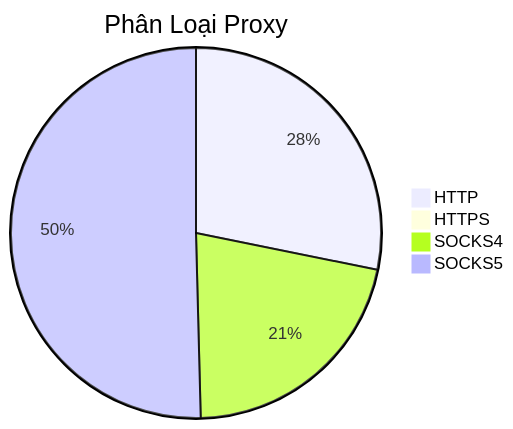
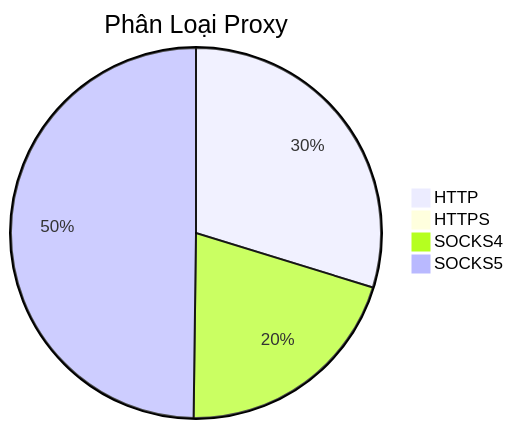
One commit to Ciara-12/PROXY-free changed the diagram in README.md. Above: the diagram before and after it, drawn with Mermaid. The commit also changed other lines of this file and 4 other files, not shown here.

````diff
--- a/README.md
+++ b/README.md
@@ -26,7 +26,7 @@
 ```mermaid
 pie title Phân Loại Proxy
-    "HTTP" : 483
-    "HTTPS" : 2
-    "SOCKS4" : 367
-    "SOCKS5" : 864
+    "HTTP" : 435
+    "HTTPS" : 4
+    "SOCKS4" : 299
+    "SOCKS5" : 728
 ```
````
